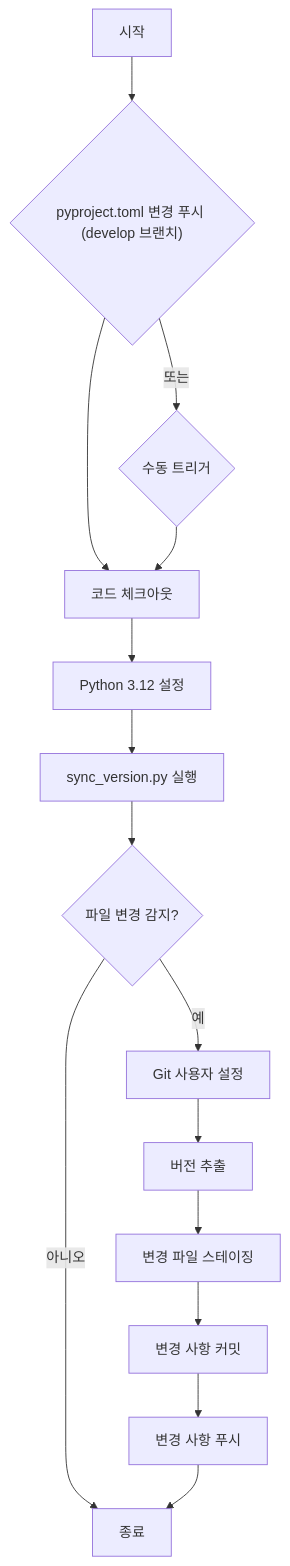
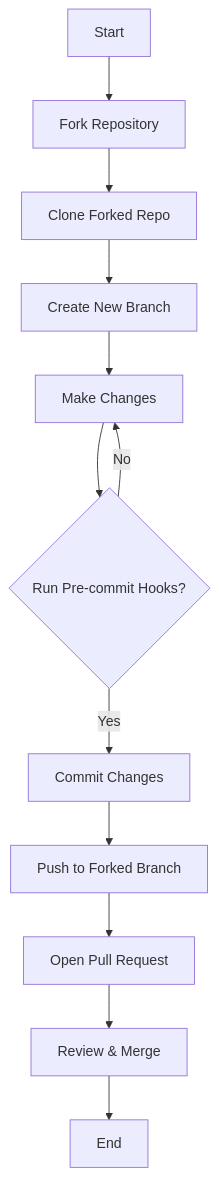
Before and after one commit to catuscio/wiki-as-readme: diagram 18 of 19 in examples/wiki_as_README.md, drawn with Mermaid. The commit also changed other lines of this file, not shown here.

````diff
--- a/examples/wiki_as_README.md
+++ b/examples/wiki_as_README.md
@@ -2235,17 +2035,14 @@
 ```mermaid
 graph TD
-    A["시작"] --> B{"pyproject.toml 변경 푸시 (develop 브랜치)"};
-    B -- 또는 --> C{"수동 트리거"};
-    B --> D["코드 체크아웃"];
-    C --> D;
-    D --> E["Python 3.12 설정"];
-    E --> F["sync_version.py 실행"];
-    F --> G{"파일 변경 감지?"};
-    G -- "아니오" --> H["종료"];
-    G -- "예" --> I["Git 사용자 설정"];
-    I --> J["버전 추출"];
-    J --> K["변경 파일 스테이징"];
-    K --> L["변경 사항 커밋"];
-    L --> M["변경 사항 푸시"];
-    M --> H;
+    A["Start"] --> B["Fork Repository"];
+    B --> C["Clone Forked Repo"];
+    C --> D["Create New Branch"];
+    D --> E["Make Changes"];
+    E --> F{"Run Pre-commit Hooks?"};
+    F -- "Yes" --> G["Commit Changes"];
+    F -- "No" --> E;
+    G --> H["Push to Forked Branch"];
+    H --> I["Open Pull Request"];
+    I --> J["Review & Merge"];
+    J --> K["End"];
 ```
````
